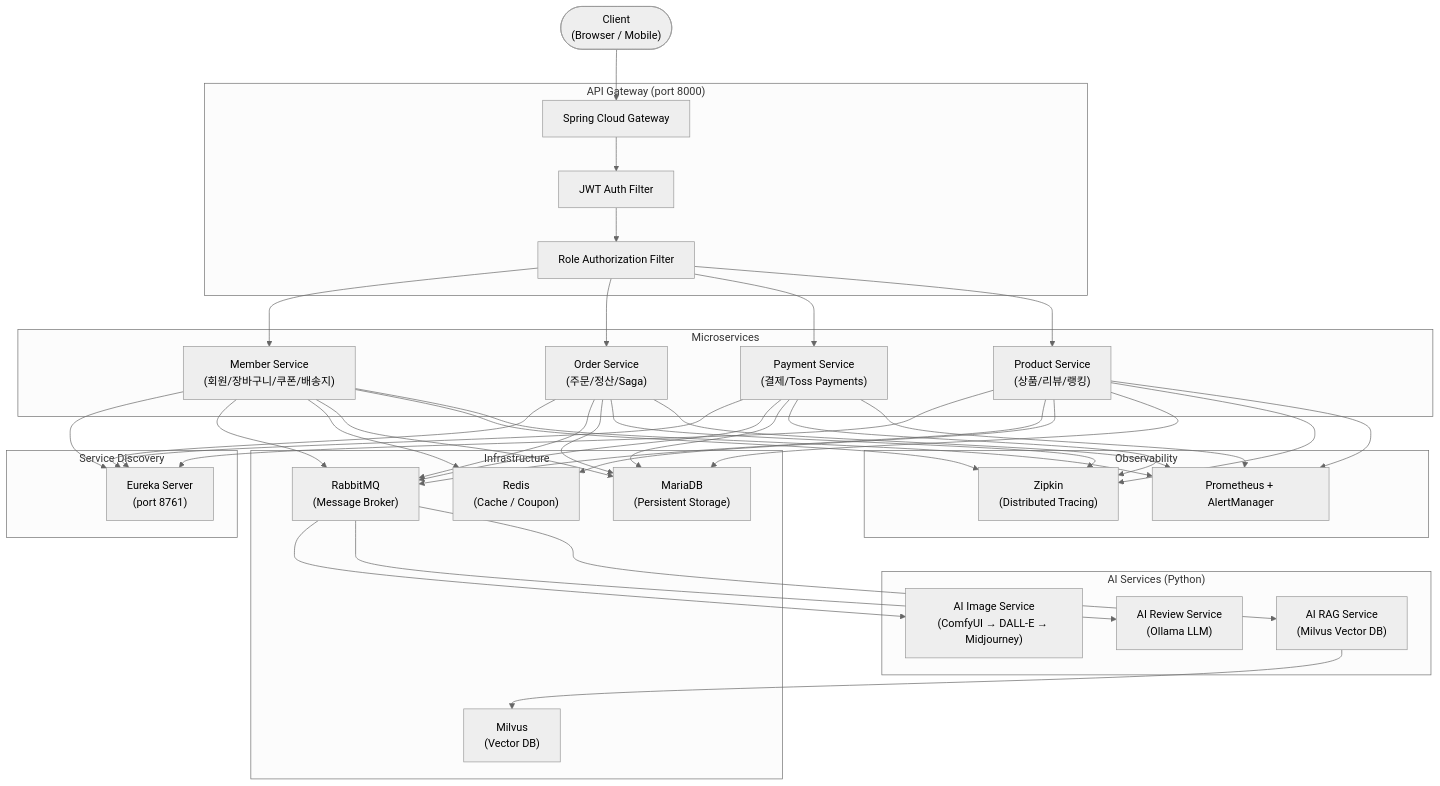
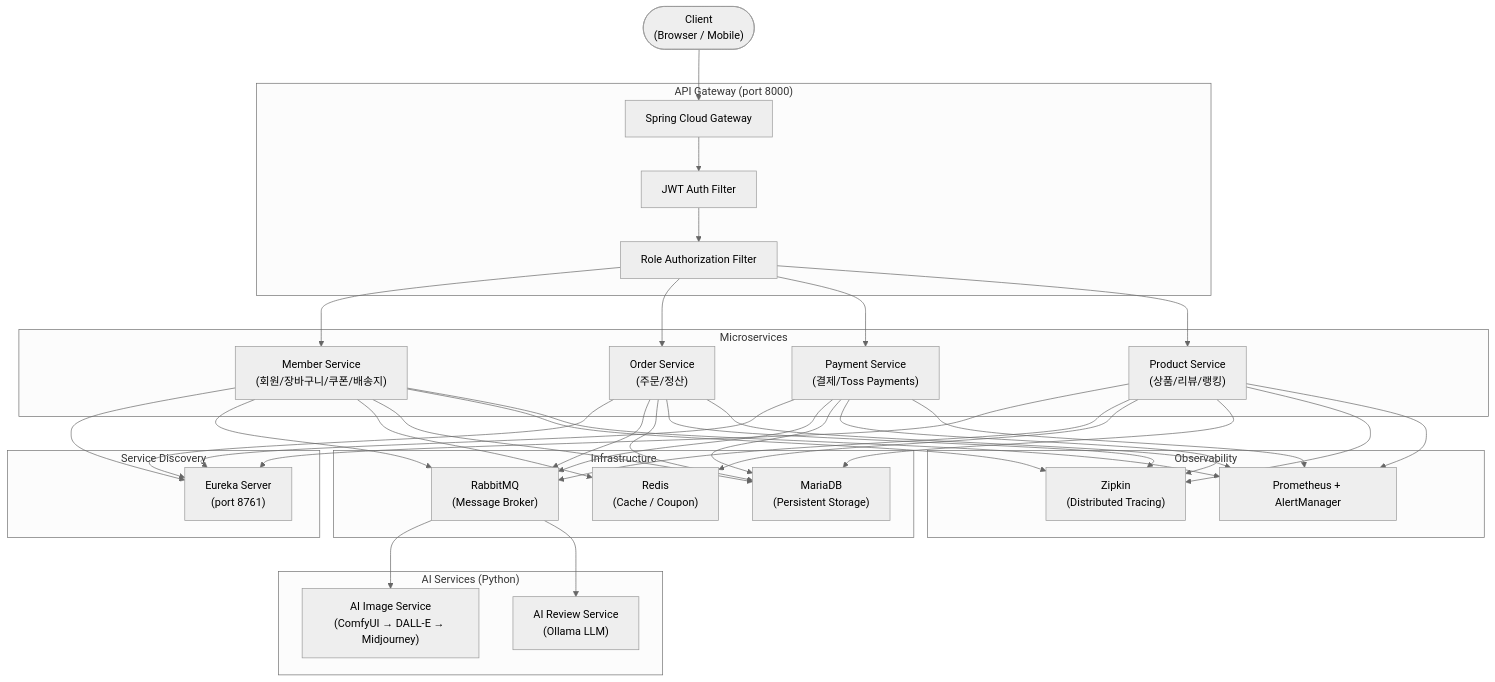
The first of 12 diagrams in README.md (Teach-D/store), drawn with Mermaid (neutral theme) before and after one commit. The commit also changed other lines of this file, not shown here.

````diff
--- a/README.md
+++ b/README.md
@@ -41,56 +38,53 @@
 ```mermaid
 graph TB
     Client(["Client\n(Browser / Mobile)"])
 
     subgraph Gateway["API Gateway (port 8000)"]
         GW["Spring Cloud Gateway"]
         JWT["JWT Auth Filter"]
         ROLE["Role Authorization Filter"]
     end
 
     subgraph Discovery["Service Discovery"]
         EUREKA["Eureka Server\n(port 8761)"]
     end
 
     subgraph Services["Microservices"]
         MEMBER["Member Service\n(회원/장바구니/쿠폰/배송지)"]
-        ORDER["Order Service\n(주문/정산/Saga)"]
+        ORDER["Order Service\n(주문/정산)"]
         PAYMENT["Payment Service\n(결제/Toss Payments)"]
         PRODUCT["Product Service\n(상품/리뷰/랭킹)"]
     end
 
     subgraph AI["AI Services (Python)"]
         AI_IMG["AI Image Service\n(ComfyUI → DALL-E → Midjourney)"]
         AI_REV["AI Review Service\n(Ollama LLM)"]
-        AI_RAG["AI RAG Service\n(Milvus Vector DB)"]
     end
 
     subgraph Infra["Infrastructure"]
         MQ["RabbitMQ\n(Message Broker)"]
         REDIS["Redis\n(Cache / Coupon)"]
         DB["MariaDB\n(Persistent Storage)"]
-        MILVUS["Milvus\n(Vector DB)"]
     end
 
     subgraph Monitoring["Observability"]
         ZIPKIN["Zipkin\n(Distributed Tracing)"]
         PROM["Prometheus + AlertManager"]
     end
 
     Client --> GW
     GW --> JWT --> ROLE
     ROLE --> MEMBER & ORDER & PAYMENT & PRODUCT
 
     MEMBER & ORDER & PAYMENT & PRODUCT --> EUREKA
 
     ORDER & PAYMENT & PRODUCT & MEMBER --> MQ
-    MQ --> AI_IMG & AI_REV & AI_RAG
+    MQ --> AI_IMG & AI_REV
 
     MEMBER --> REDIS
     PRODUCT --> REDIS
     MEMBER & ORDER & PAYMENT & PRODUCT --> DB
-    AI_RAG --> MILVUS
 
     MEMBER & ORDER & PAYMENT & PRODUCT --> ZIPKIN
     MEMBER & ORDER & PAYMENT & PRODUCT --> PROM
 ```
````
